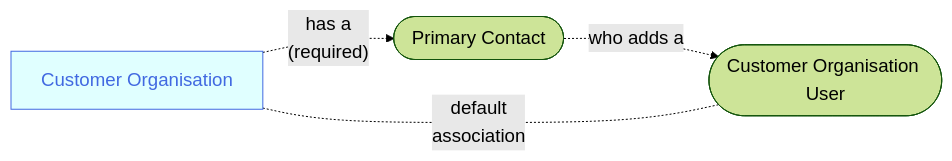
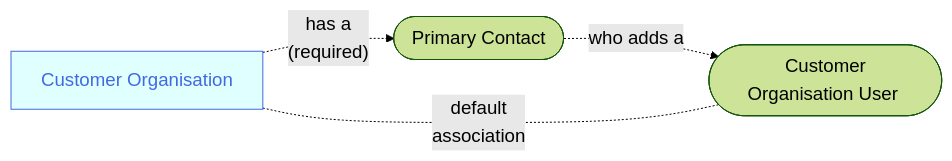
One commit to joe-dorward/samples changed the diagram in 2025_Sage/04_Scenario - User to Customer.mdx. Above: the diagram before and after it, drawn with Mermaid.

Commit message:
Update 04_Scenario - User to Customer.mdx

````diff
--- a/2025_Sage/04_Scenario - User to Customer.mdx
+++ b/2025_Sage/04_Scenario - User to Customer.mdx
@@ -6,23 +6,23 @@
 ```mermaid
 %%{
   init: {
     'theme': 'forest',
     'themeVariables': {
       'fontSize':'14pt'
     }
   }
 }%%
 flowchart LR
   classDef Sage fill:seagreen, color:honeydew;
   classDef Noun fill:lightcyan, stroke:royalblue, color:royalblue;
   classDef Note fill:white, stroke:white, text-align:left;
 
   CUSTOMER_ORGANISATION_01[Customer Organisation]-.has a<br/>(required).->
   PRIMARY_CONTACT_01([&nbsp;Primary Contact&nbsp;])-.who adds a.->
-  CUSTOMER_ORGANISATION_USER_01([Customer Organisation User])
+  CUSTOMER_ORGANISATION_USER_01([&nbsp;Customer Organisation User&nbsp;])
 
   CUSTOMER_ORGANISATION_01-.default<br/>association.-
   CUSTOMER_ORGANISATION_USER_01
 
   class CUSTOMER_ORGANISATION_01 Noun
 ```
````
